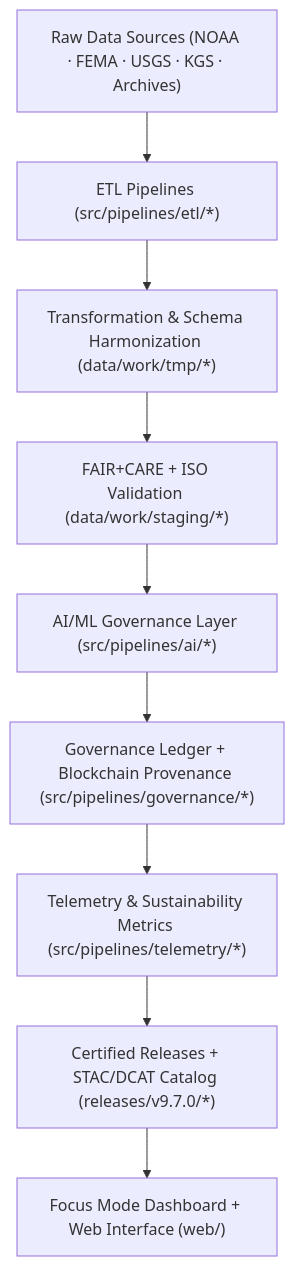
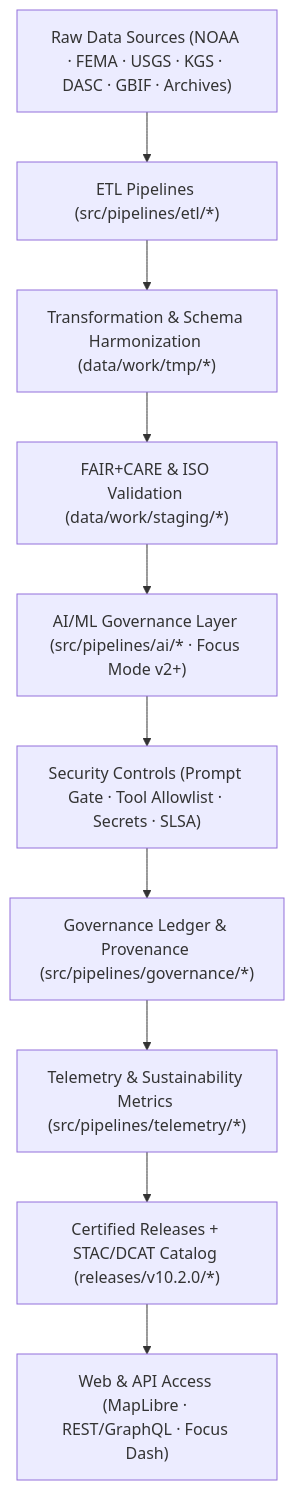
The first of 7 diagrams in docs/architecture/data-flow-diagrams.md (bartytime4life/Kansas-Frontier-Matrix), drawn with Mermaid before and after one commit. The commit also changed other lines of this file, not shown here.

First line of the commit message:
Upgrade data flow diagrams to version 10.2.3

````diff
--- a/docs/architecture/data-flow-diagrams.md
+++ b/docs/architecture/data-flow-diagrams.md
@@ -46,11 +49,12 @@
 ```mermaid
 flowchart TD
-    A["Raw Data Sources (NOAA · FEMA · USGS · KGS · Archives)"] --> B["ETL Pipelines (src/pipelines/etl/*)"]
+    A["Raw Data Sources (NOAA · FEMA · USGS · KGS · DASC · GBIF · Archives)"] --> B["ETL Pipelines (src/pipelines/etl/*)"]
     B --> C["Transformation & Schema Harmonization (data/work/tmp/*)"]
-    C --> D["FAIR+CARE + ISO Validation (data/work/staging/*)"]
-    D --> E["AI/ML Governance Layer (src/pipelines/ai/*)"]
-    E --> F["Governance Ledger + Blockchain Provenance (src/pipelines/governance/*)"]
-    F --> G["Telemetry & Sustainability Metrics (src/pipelines/telemetry/*)"]
-    G --> H["Certified Releases + STAC/DCAT Catalog (releases/v9.7.0/*)"]
-    H --> I["Focus Mode Dashboard + Web Interface (web/)"]
+    C --> D["FAIR+CARE & ISO Validation (data/work/staging/*)"]
+    D --> E["AI/ML Governance Layer (src/pipelines/ai/* · Focus Mode v2+)"]
+    E --> F["Security Controls (Prompt Gate · Tool Allowlist · Secrets · SLSA)"]
+    F --> G["Governance Ledger & Provenance (src/pipelines/governance/*)"]
+    G --> H["Telemetry & Sustainability Metrics (src/pipelines/telemetry/*)"]
+    H --> I["Certified Releases + STAC/DCAT Catalog (releases/v10.2.0/*)"]
+    I --> J["Web & API Access (MapLibre · REST/GraphQL · Focus Dash)"]
 ```
````
